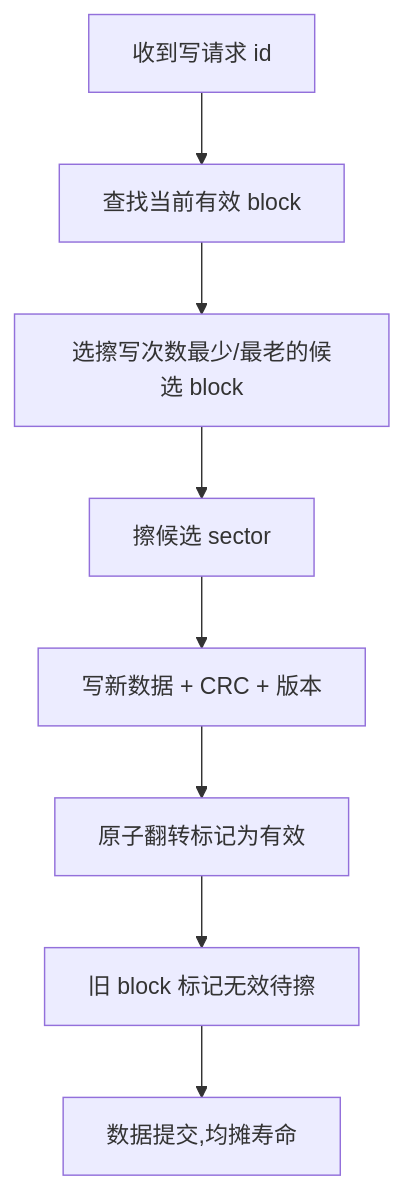
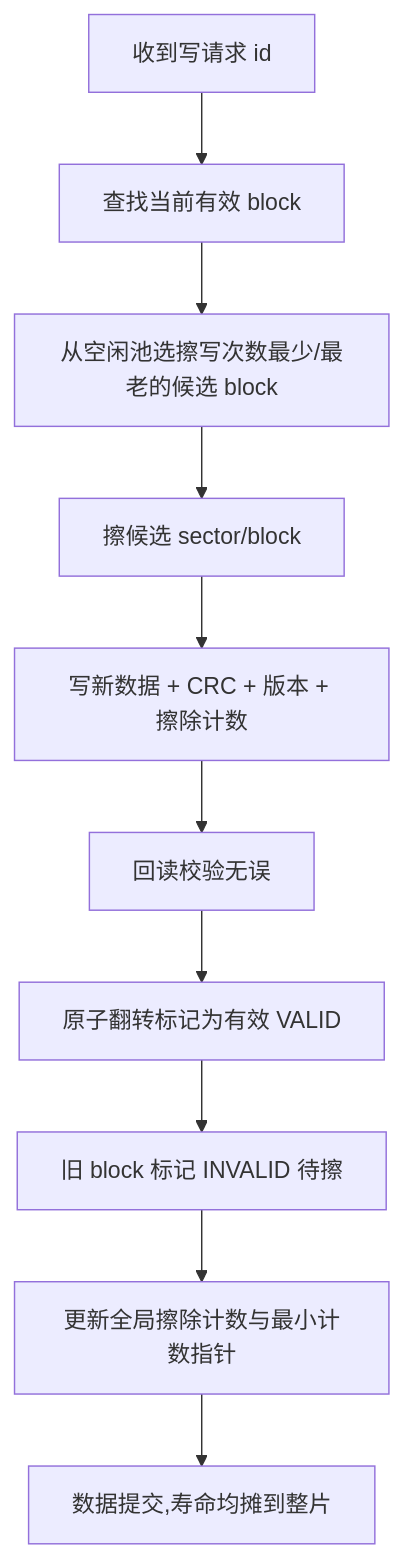
One commit to 1208826038/embedded-skill-notes changed the fifth of 12 diagrams in articles/14-storage-management.md. Above: the diagram before and after it, drawn with Mermaid. The commit also changed other lines of this file, not shown here.

````diff
--- a/articles/14-storage-management.md
+++ b/articles/14-storage-management.md
@@ -35,10 +333,12 @@
 ```mermaid
 flowchart TD
     A[收到写请求 id] --> B[查找当前有效 block]
-    B --> C[选擦写次数最少/最老的候选 block]
-    C --> D[擦候选 sector]
-    D --> E[写新数据 + CRC + 版本]
-    E --> F[原子翻转标记为有效]
-    F --> G[旧 block 标记无效待擦]
-    G --> H[数据提交,均摊寿命]
+    B --> C[从空闲池选擦写次数最少/最老的候选 block]
+    C --> D[擦候选 sector/block]
+    D --> E[写新数据 + CRC + 版本 + 擦除计数]
+    E --> F[回读校验无误]
+    F --> G[原子翻转标记为有效 VALID]
+    G --> H[旧 block 标记 INVALID 待擦]
+    H --> I[更新全局擦除计数与最小计数指针]
+    I --> J[数据提交,寿命均摊到整片]
 ```
````
